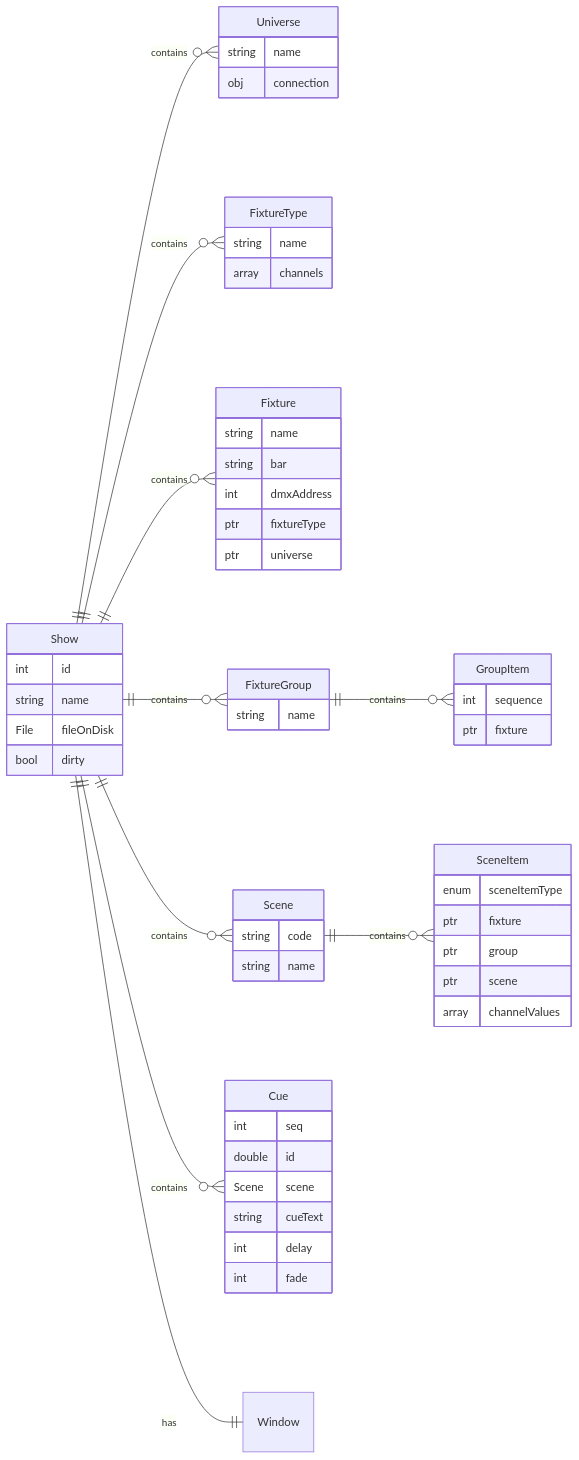
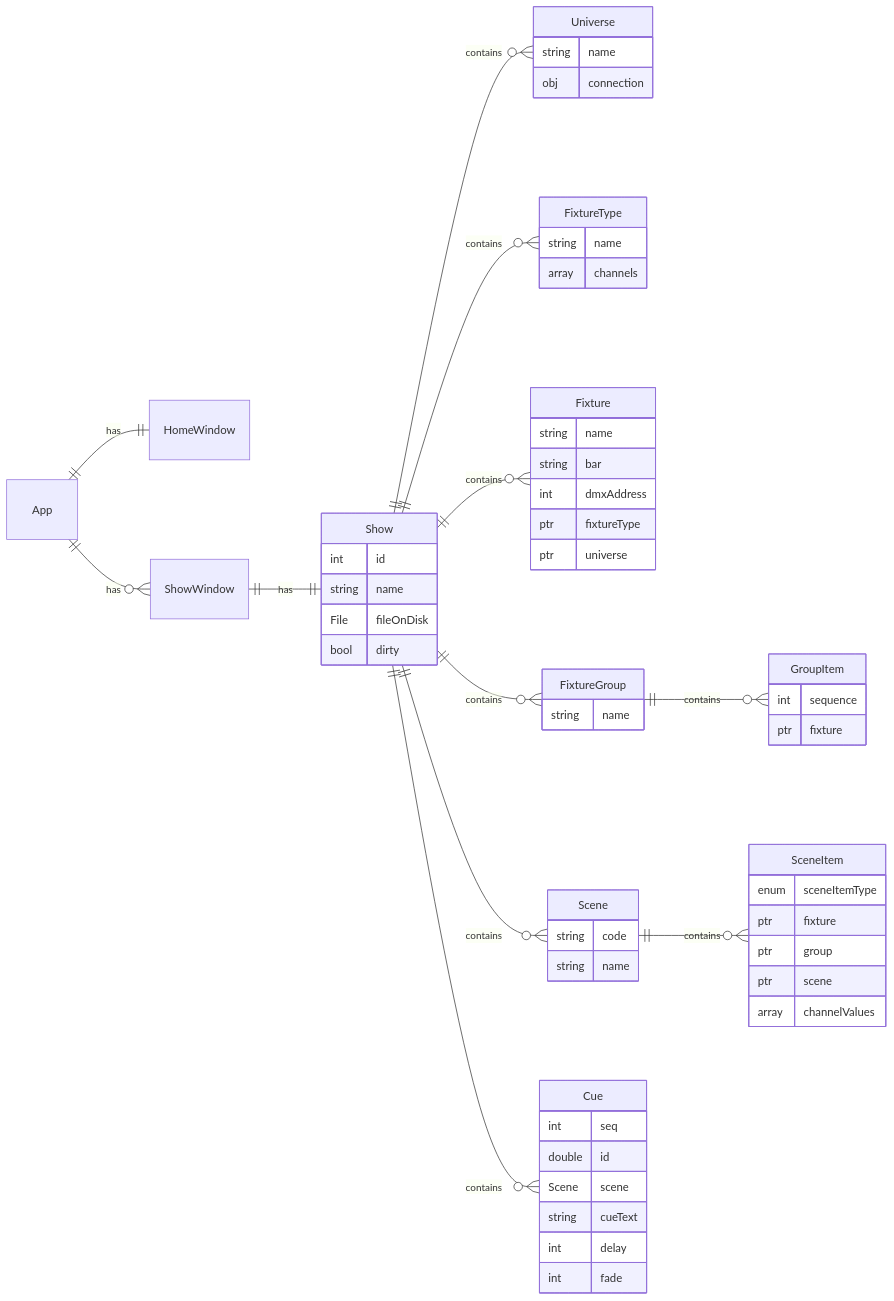
Before and after one commit to BrendanTWhite/Footlight: the diagram in docs/ownership.md, drawn with Mermaid.

Commit message:
Updated ownershi

````diff
--- a/docs/ownership.md
+++ b/docs/ownership.md
@@ -5,68 +5,73 @@
 ```mermaid
 erDiagram
     direction LR
+
+App ||--|| HomeWindow : has
+
+App ||--o{ ShowWindow : has
+
+ShowWindow ||--|| Show :has
 
 Show {
     int id
     string name
     File fileOnDisk
     bool dirty
 }
 
 Show ||--o{ Universe : contains
 Universe {
     string name
     obj connection
 }
 
 Show ||--o{ FixtureType : contains
 FixtureType {
     string name
     array channels
 }
 
 Show ||--o{ Fixture : contains
 Fixture {
     string name
     string bar
     int dmxAddress
     ptr fixtureType
     ptr universe
 }
 
 Show ||--o{ FixtureGroup : contains
 FixtureGroup {
     string name
 }
 FixtureGroup ||--o{ GroupItem : contains
 GroupItem {
     int sequence
     ptr fixture
 }
 
 Show ||--o{ Scene : contains
 Scene {
     string code
     string name
 }
 Scene ||--o{ SceneItem : "contains"
 SceneItem {
     enum sceneItemType
     ptr fixture
     ptr group
     ptr scene
     array channelValues
 }
 
 Show ||--o{ Cue : contains
 Cue {
     int seq
     double id
     Scene scene
     string cueText
     int delay
     int fade
 }
 
-Show ||--|| Window : has
 ```
````
